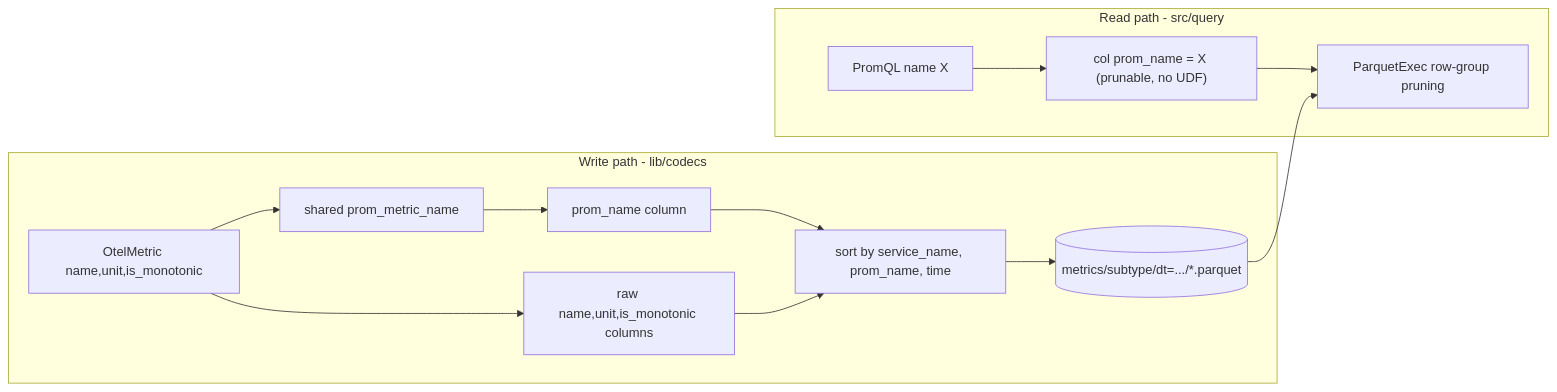
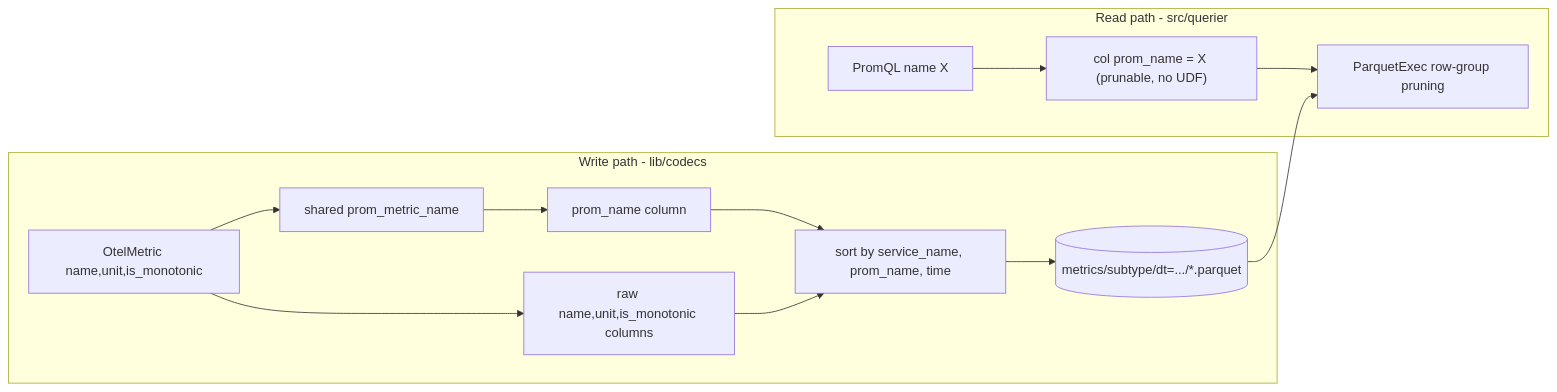
The diagram in docs/workspace/prom-name-column/DESIGN.md (cboudereau/sol), drawn with Mermaid before and after one commit. The commit also changed other lines of this file and 63 other files, not shown here.

First line of the commit message:
refactor: rename query backend to querier (module, feature, demo, license)

````diff
--- a/docs/workspace/prom-name-column/DESIGN.md
+++ b/docs/workspace/prom-name-column/DESIGN.md
@@ -124,15 +124,15 @@
 ```mermaid
 flowchart LR
   subgraph write [Write path - lib/codecs]
     OM[OtelMetric name,unit,is_monotonic] --> N[shared prom_metric_name]
     N --> PN[prom_name column]
     OM --> RAW[raw name,unit,is_monotonic columns]
     PN & RAW --> SORT[sort by service_name, prom_name, time]
     SORT --> PARQUET[(metrics/subtype/dt=.../*.parquet)]
   end
-  subgraph read [Read path - src/query]
+  subgraph read [Read path - src/querier]
     Q[PromQL name X] --> F["col prom_name = X (prunable, no UDF)"]
     F --> SCAN[ParquetExec row-group pruning]
     PARQUET --> SCAN
   end
 ```
````
